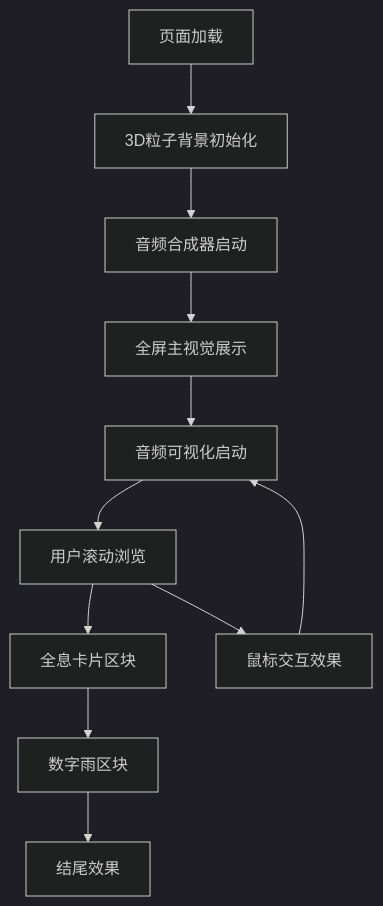
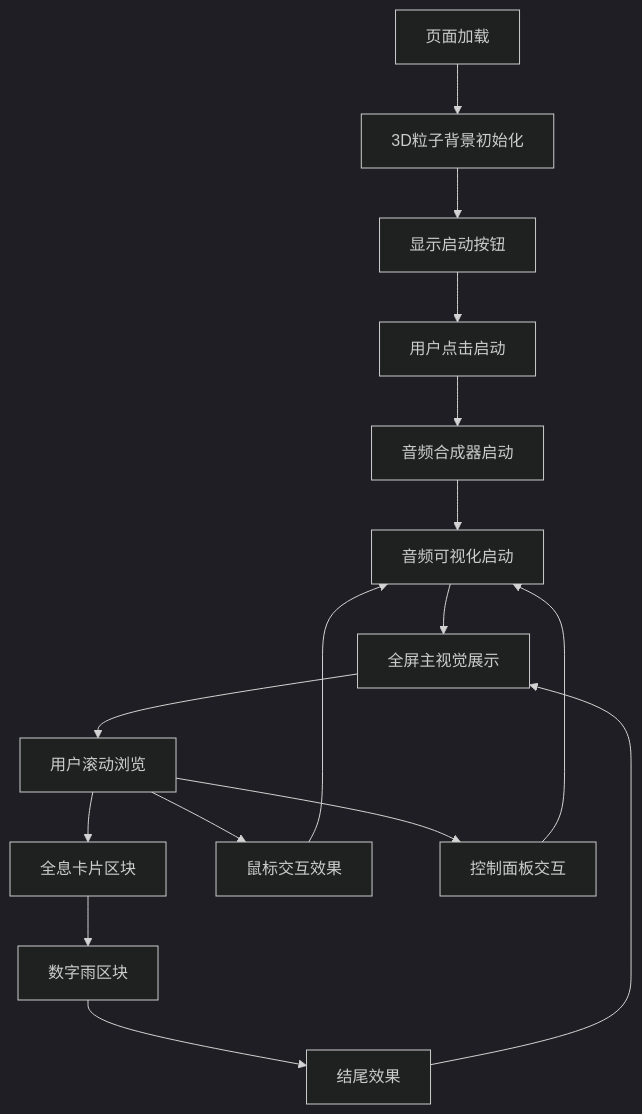
Before and after one commit to 2375351829/html-huahua: the diagram in .trae/documents/赛博狂欢页面-PRD.md, drawn with Mermaid (dark theme). The commit also changed other lines of this file and 2 other files, not shown here.

Commit message:
feat: 生成赛博狂欢观赏网页

````diff
--- a/.trae/documents/赛博狂欢页面-PRD.md
+++ b/.trae/documents/赛博狂欢页面-PRD.md
@@ -32,13 +34,18 @@
 ```mermaid
 graph TD
     A[页面加载] --> B[3D粒子背景初始化]
-    B --> C[音频合成器启动]
-    C --> D[全屏主视觉展示]
-    D --> E[音频可视化启动]
-    E --> F[用户滚动浏览]
-    F --> G[全息卡片区块]
-    G --> H[数字雨区块]
-    H --> I[结尾效果]
-    F --> J[鼠标交互效果]
-    J --> E
+    B --> C[显示启动按钮]
+    C --> D[用户点击启动]
+    D --> E[音频合成器启动]
+    E --> F[音频可视化启动]
+    F --> G[全屏主视觉展示]
+    G --> H[用户滚动浏览]
+    H --> I[全息卡片区块]
+    I --> J[数字雨区块]
+    J --> K[结尾效果]
+    K --> G
+    H --> L[鼠标交互效果]
+    L --> F
+    H --> M[控制面板交互]
+    M --> F
 ```
````
